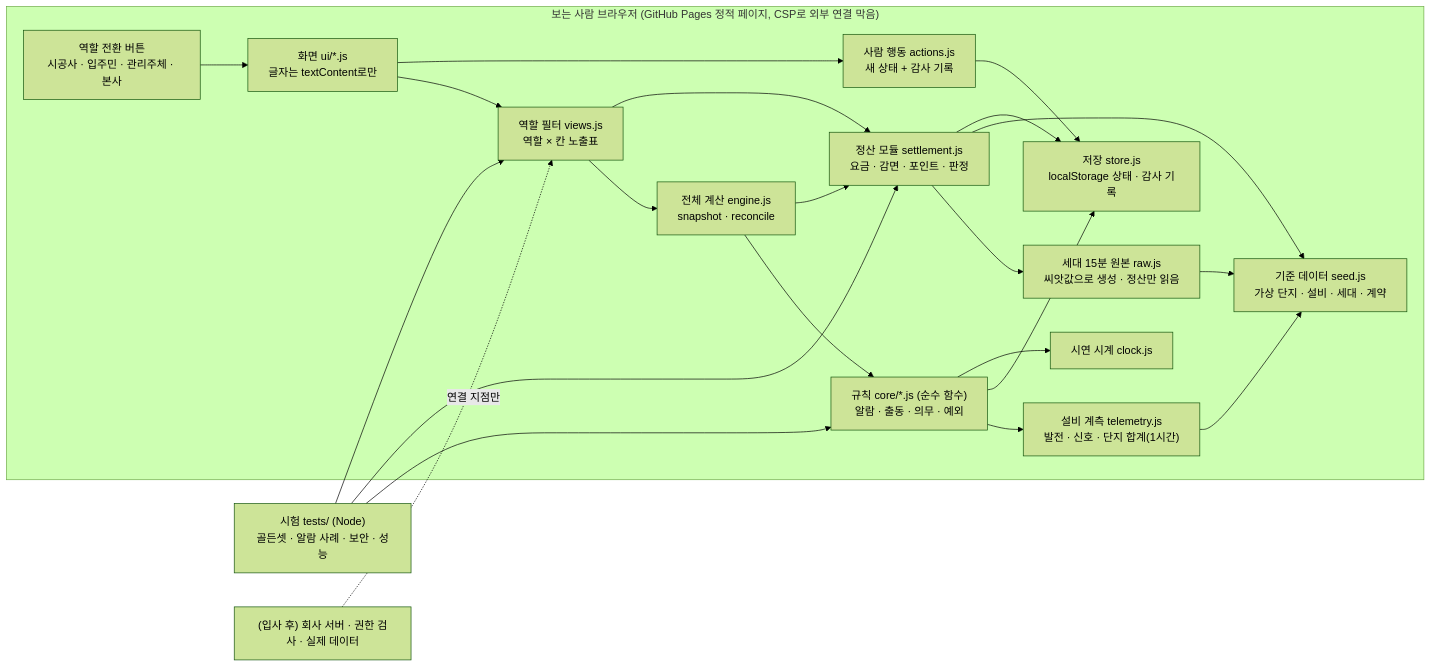
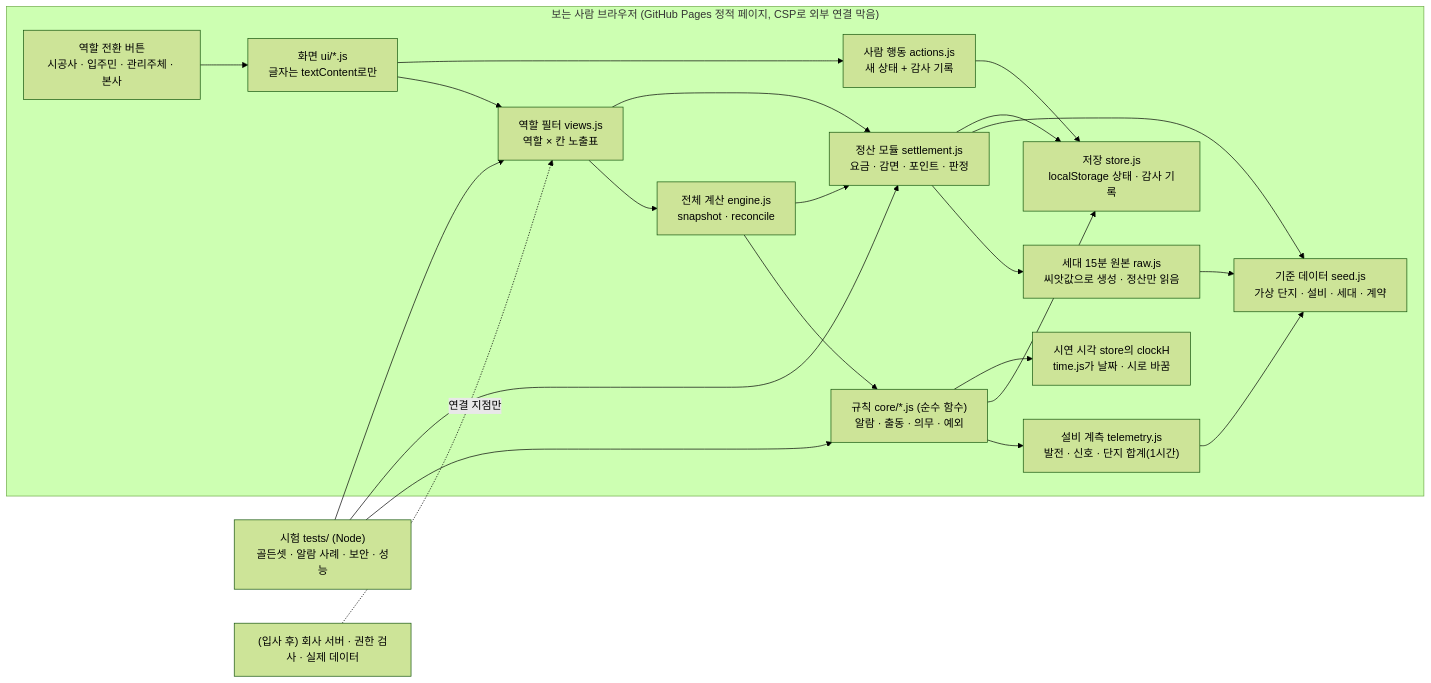
The diagram in docs/architecture.md (githubleejungah/zeb-energy-desk), drawn with Mermaid (forest theme) before and after one commit. The commit also changed other lines of this file and 33 other files, not shown here.

````diff
--- a/docs/architecture.md
+++ b/docs/architecture.md
@@ -7,33 +7,33 @@
 ```mermaid
 flowchart LR
   subgraph Browser["보는 사람 브라우저 (GitHub Pages 정적 페이지, CSP로 외부 연결 막음)"]
     SW["역할 전환 버튼<br/>시공사 · 입주민 · 관리주체 · 본사"]
     UI["화면 ui/*.js<br/>글자는 textContent로만"]
     VIEW["역할 필터 views.js<br/>역할 × 칸 노출표"]
     CORE["규칙 core/*.js (순수 함수)<br/>알람 · 출동 · 의무 · 예외"]
     SET["정산 모듈 settlement.js<br/>요금 · 감면 · 포인트 · 판정"]
     RAW["세대 15분 원본 raw.js<br/>씨앗값으로 생성 · 정산만 읽음"]
     TEL["설비 계측 telemetry.js<br/>발전 · 신호 · 단지 합계(1시간)"]
     ENG["전체 계산 engine.js<br/>snapshot · reconcile"]
     ACT["사람 행동 actions.js<br/>새 상태 + 감사 기록"]
     SEED["기준 데이터 seed.js<br/>가상 단지 · 설비 · 세대 · 계약"]
     STORE["저장 store.js<br/>localStorage 상태 · 감사 기록"]
-    CLOCK["시연 시계 clock.js"]
+    CLOCK["시연 시각 store의 clockH<br/>time.js가 날짜 · 시로 바꿈"]
   end
   SW --> UI --> VIEW
   UI --> ACT --> STORE
   VIEW --> ENG --> CORE
   ENG --> SET
   VIEW --> SET
   SET --> RAW
   CORE --> TEL --> SEED
   SET --> SEED
   RAW --> SEED
   CORE --> STORE
   SET --> STORE
   CORE --> CLOCK
   TEST["시험 tests/ (Node)<br/>골든셋 · 알람 사례 · 보안 · 성능"] --> CORE
   TEST --> SET
   TEST --> VIEW
   FUT["(입사 후) 회사 서버 · 권한 검사 · 실제 데이터"] -. 연결 지점만 .-> VIEW
 ```
````
